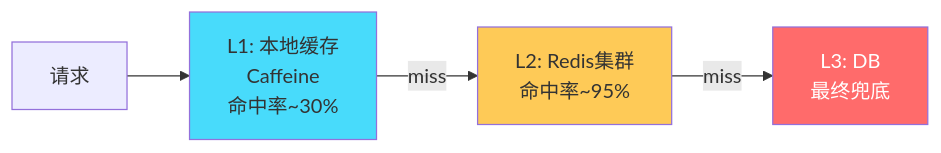
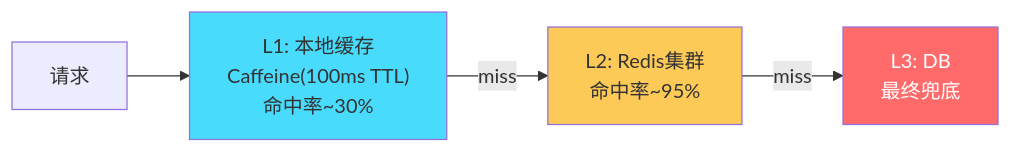
One commit to qigao0787-ops/gq-test changed diagram 15 of 31 in document/strengthen/分布式技术面试总结_增强版.md. Above: the diagram before and after it, drawn with Mermaid. The commit also changed other lines of this file, not shown here.

````diff
--- a/document/strengthen/分布式技术面试总结_增强版.md
+++ b/document/strengthen/分布式技术面试总结_增强版.md
@@ -1131,10 +1337,10 @@
 ```mermaid
 flowchart LR
-    A[请求] --> B[L1: 本地缓存<br/>Caffeine<br/>命中率~30%]
-    B -->|miss| C[L2: Redis集群<br/>命中率~95%]
-    C -->|miss| D[L3: DB<br/>最终兜底]
+    A[请求] --> B["L1: 本地缓存<br/>Caffeine(100ms TTL)<br/>命中率~30%"]
+    B -->|miss| C["L2: Redis集群<br/>命中率~95%"]
+    C -->|miss| D["L3: DB<br/>最终兜底"]
     
     style B fill:#48dbfb
     style C fill:#feca57
     style D fill:#ff6b6b,color:#fff
 ```
````
